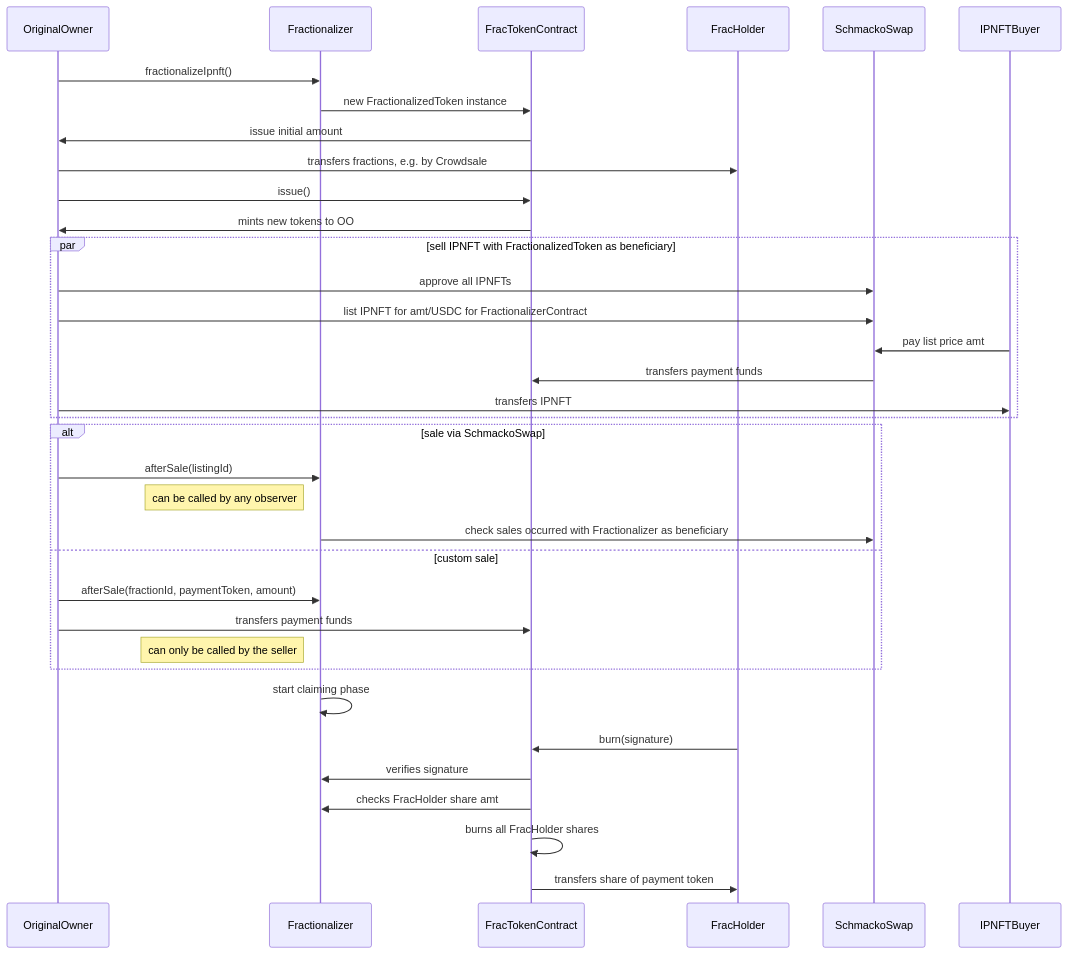
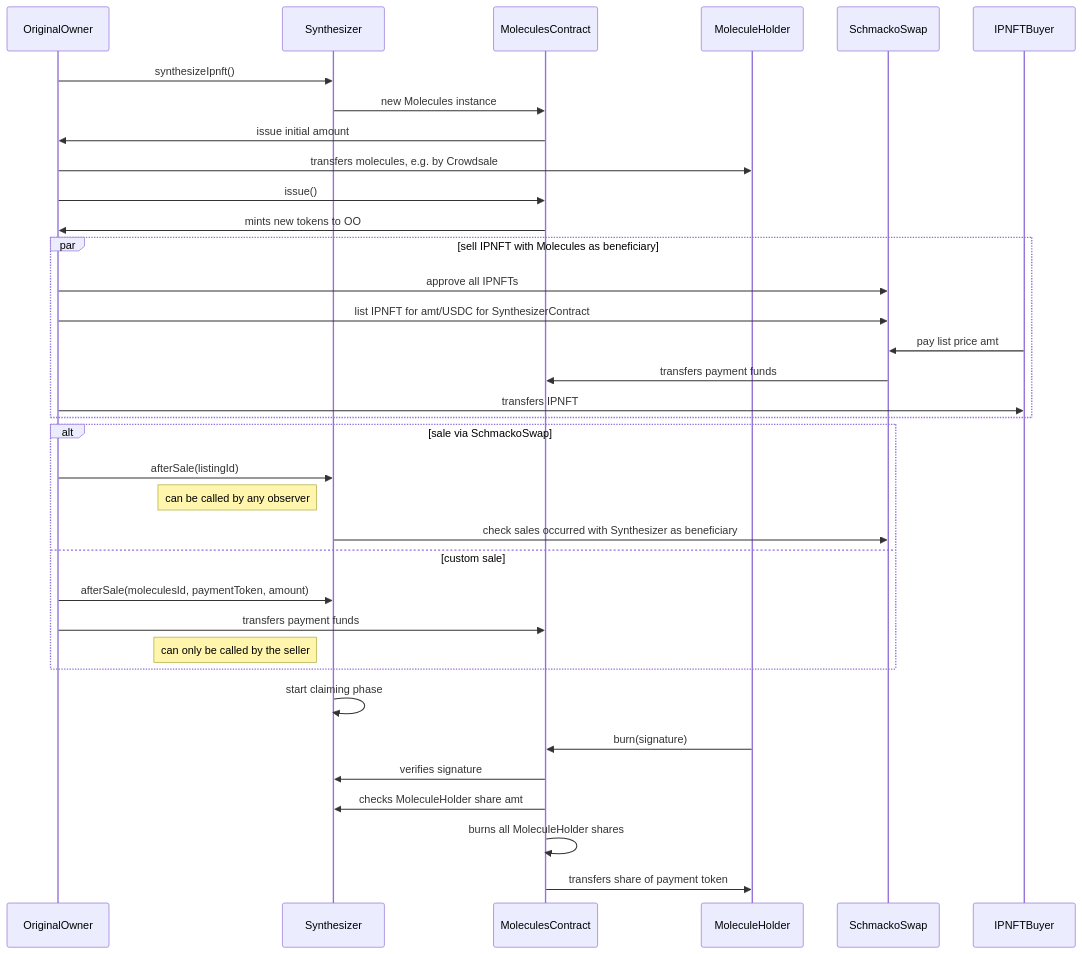
One commit to moleculeprotocol/IPNFT changed the diagram in SEQUENCE.md. Above: the diagram before and after it, drawn with Mermaid. The commit also changed 50 other files, not shown here.

Commit message:
This affects the whole codebase: - renames `fractionalizer` to `Synthesizer` - renames `FractionalizedToken` to `Molecules` - renames all verbs and derivatives in between

````diff
--- a/SEQUENCE.md
+++ b/SEQUENCE.md
@@ -1,46 +1,46 @@
 ```mermaid
 sequenceDiagram
     participant OO as OriginalOwner
-    participant Fractionalizer
-    participant FracToken as FracTokenContract
-    participant FracHolder
+    participant Synthesizer
+    participant Molecules as MoleculesContract
+    participant MoleculeHolder
     participant SOS as SchmackoSwap
     participant Buyer as IPNFTBuyer
 
-    OO->>Fractionalizer: fractionalizeIpnft()
-    Fractionalizer->>FracToken: new FractionalizedToken instance
-    FracToken->>OO: issue initial amount
+    OO->>Synthesizer: synthesizeIpnft()
+    Synthesizer->>Molecules: new Molecules instance
+    Molecules->>OO: issue initial amount
 
-    OO->>FracHolder: transfers fractions, e.g. by Crowdsale
+    OO->>MoleculeHolder: transfers molecules, e.g. by Crowdsale
 
-    OO->>FracToken: issue()
-    FracToken->>OO: mints new tokens to OO
+    OO->>Molecules: issue()
+    Molecules->>OO: mints new tokens to OO
 
-    par sell IPNFT with FractionalizedToken as beneficiary
+    par sell IPNFT with Molecules as beneficiary
         OO->>SOS: approve all IPNFTs
-        OO->>SOS: list IPNFT for amt/USDC for FractionalizerContract
+        OO->>SOS: list IPNFT for amt/USDC for SynthesizerContract
         Buyer->>SOS: pay list price amt
-        SOS->>FracToken: transfers payment funds
+        SOS->>Molecules: transfers payment funds
         OO->>Buyer: transfers IPNFT
     end
 
     alt sale via SchmackoSwap
-        OO->>Fractionalizer: afterSale(listingId)
-        Note left of Fractionalizer: can be called by any observer
-        Fractionalizer->>SOS: check sales occurred with  Fractionalizer as beneficiary
+        OO->>Synthesizer: afterSale(listingId)
+        Note left of Synthesizer: can be called by any observer
+        Synthesizer->>SOS: check sales occurred with  Synthesizer as beneficiary
     else custom sale
-        OO->>Fractionalizer: afterSale(fractionId, paymentToken, amount)
-        OO->>FracToken: transfers payment funds
-        Note left of Fractionalizer: can only be called by the seller
+        OO->>Synthesizer: afterSale(moleculesId, paymentToken, amount)
+        OO->>Molecules: transfers payment funds
+        Note left of Synthesizer: can only be called by the seller
     end
 
-    Fractionalizer->>Fractionalizer: start claiming phase
+    Synthesizer->>Synthesizer: start claiming phase
 
-    FracHolder->>FracToken: burn(signature)
-    FracToken->>Fractionalizer: verifies signature
-    FracToken->>Fractionalizer: checks FracHolder share amt
-    FracToken->>FracToken: burns all FracHolder shares
-    FracToken->>FracHolder: transfers share of payment token
+    MoleculeHolder->>Molecules: burn(signature)
+    Molecules->>Synthesizer: verifies signature
+    Molecules->>Synthesizer: checks MoleculeHolder share amt
+    Molecules->>Molecules: burns all MoleculeHolder shares
+    Molecules->>MoleculeHolder: transfers share of payment token
 
 
 ```
````
